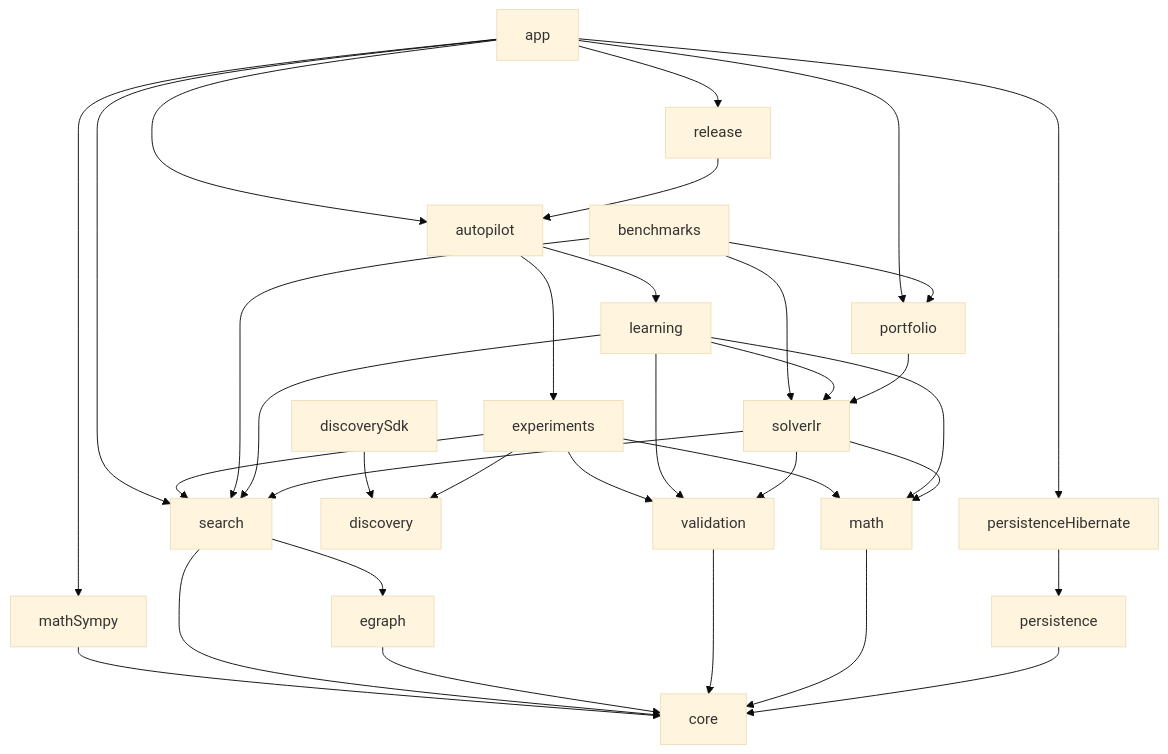
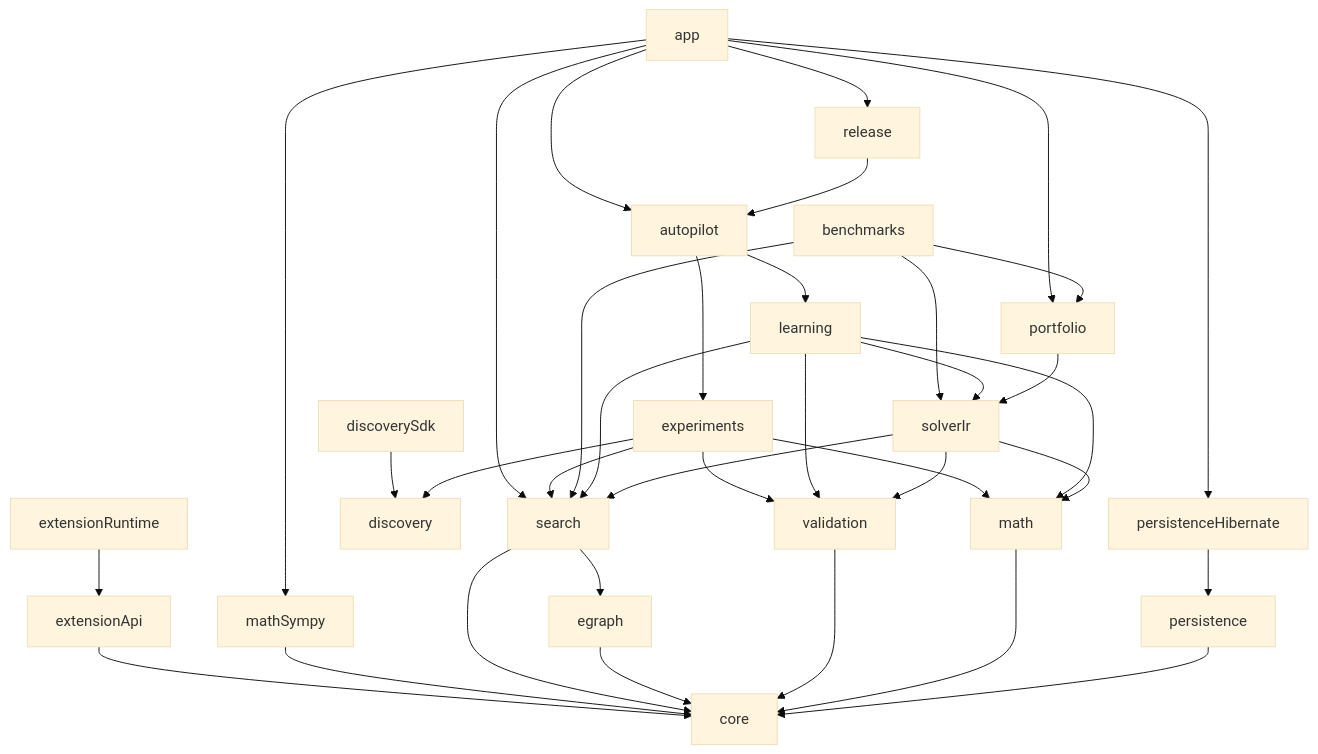
Before and after one commit to carstenartur/Regelsuche: the diagram in dependency-rules.md, drawn with Mermaid (base theme). The commit also changed other lines of this file and 1048 other files, not shown here.

````diff
--- a/dependency-rules.md
+++ b/dependency-rules.md
@@ -12,44 +12,46 @@
 ```mermaid
 flowchart TD
     app --> release
     app --> autopilot
     app --> persistenceHibernate
     app --> portfolio
     app --> search
     app --> mathSympy
 
     discoverySdk --> discovery
+    extensionRuntime --> extensionApi
+    extensionApi --> core
 
     release --> autopilot
     autopilot --> experiments
     autopilot --> learning
 
     experiments --> discovery
     experiments --> search
     experiments --> validation
     experiments --> math
 
     benchmarks --> portfolio
     benchmarks --> solverIr
     benchmarks --> search
 
     learning --> solverIr
     learning --> search
     learning --> validation
     learning --> math
 
     persistenceHibernate --> persistence
 
     portfolio --> solverIr
     solverIr --> search
     solverIr --> validation
     solverIr --> math
 
     mathSympy --> core
     search --> egraph
     search --> core
     egraph --> core
     validation --> core
     math --> core
     persistence --> core
 ```
````
